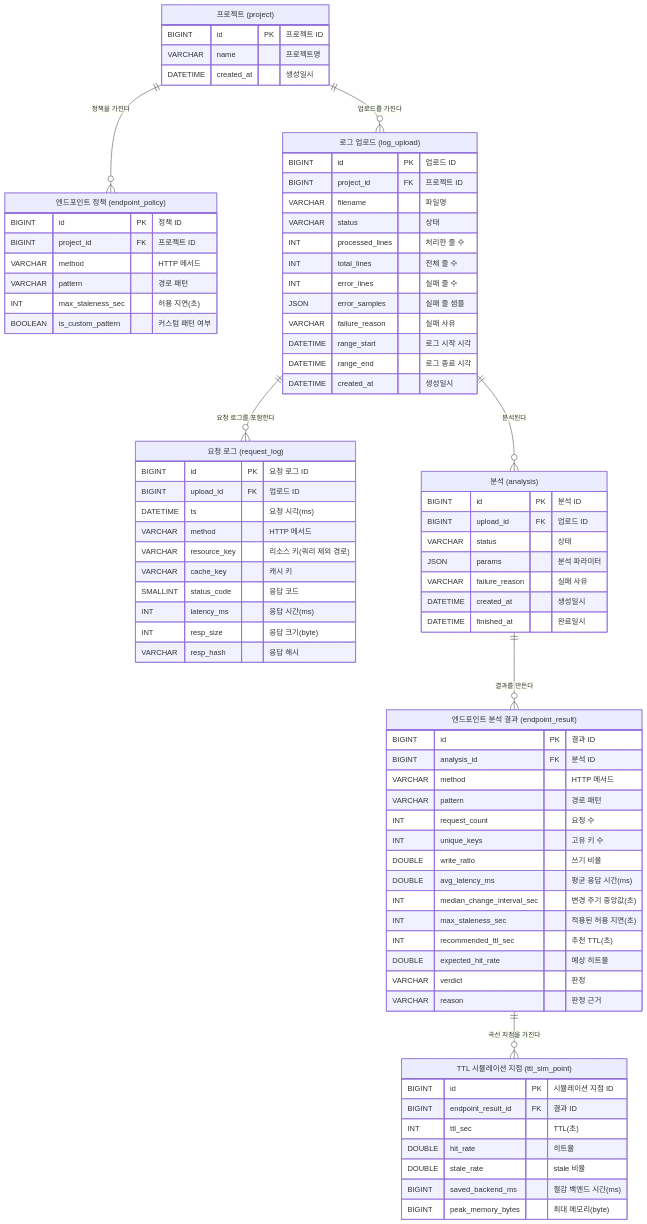
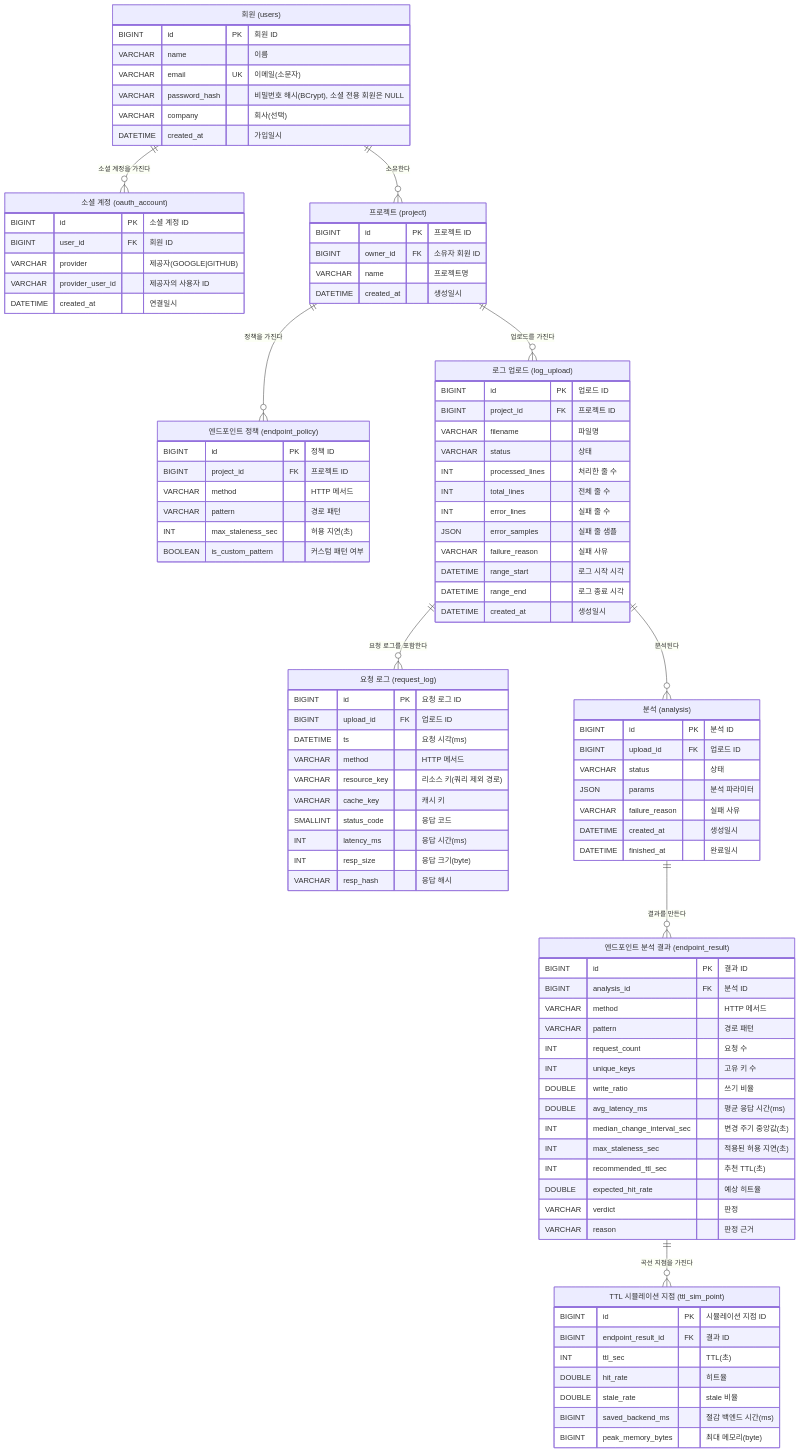
The diagram in docs/DESIGN.md (TTL-ADVISOR/backend), drawn with Mermaid before and after one commit. The commit also changed other lines of this file and 67 other files, not shown here.

````diff
--- a/docs/DESIGN.md
+++ b/docs/DESIGN.md
@@ -114,7 +198,23 @@
 ```mermaid
 erDiagram
+    users["회원 (users)"] {
+        BIGINT id PK "회원 ID"
+        VARCHAR name "이름"
+        VARCHAR email UK "이메일(소문자)"
+        VARCHAR password_hash "비밀번호 해시(BCrypt), 소셜 전용 회원은 NULL"
+        VARCHAR company "회사(선택)"
+        DATETIME created_at "가입일시"
+    }
+    oauth_account["소셜 계정 (oauth_account)"] {
+        BIGINT id PK "소셜 계정 ID"
+        BIGINT user_id FK "회원 ID"
+        VARCHAR provider "제공자(GOOGLE|GITHUB)"
+        VARCHAR provider_user_id "제공자의 사용자 ID"
+        DATETIME created_at "연결일시"
+    }
     project["프로젝트 (project)"] {
         BIGINT id PK "프로젝트 ID"
+        BIGINT owner_id FK "소유자 회원 ID"
         VARCHAR name "프로젝트명"
         DATETIME created_at "생성일시"
     }
@@ -187,6 +287,8 @@
         BIGINT peak_memory_bytes "최대 메모리(byte)"
     }
 
+    users ||--o{ oauth_account : "소셜 계정을 가진다"
+    users ||--o{ project : "소유한다"
     project ||--o{ endpoint_policy : "정책을 가진다"
     project ||--o{ log_upload : "업로드를 가진다"
     log_upload ||--o{ request_log : "요청 로그를 포함한다"
````
